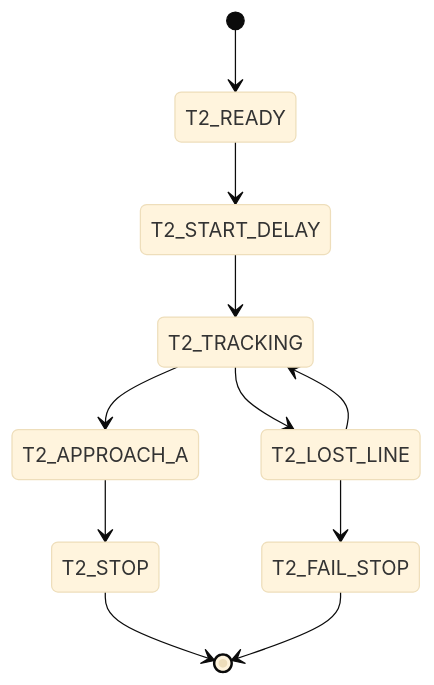
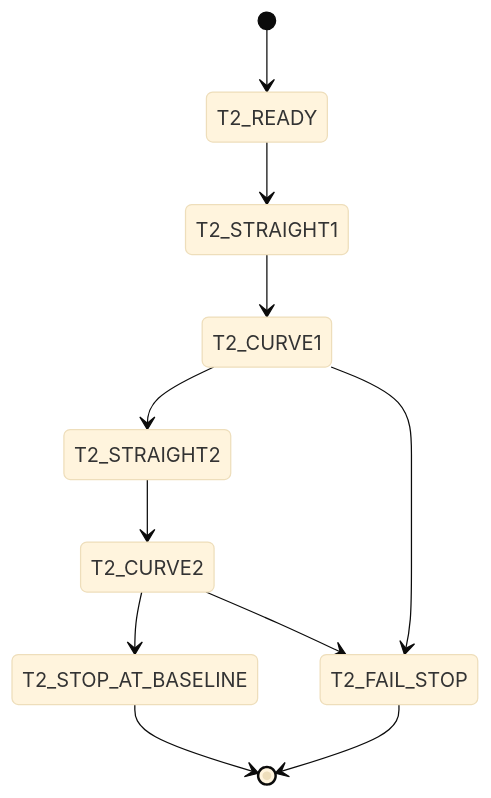
One commit to kenzou657/ball-balancing-car-stm32f4 changed the third of 7 diagrams in DOC/赛题实施方案_循迹与滚球稳定.md. Above: the diagram before and after it, drawn with Mermaid (base theme). The commit also changed other lines of this file and 15 other files, not shown here.

````diff
--- a/DOC/赛题实施方案_循迹与滚球稳定.md
+++ b/DOC/赛题实施方案_循迹与滚球稳定.md
@@ -301,13 +327,13 @@
 ```mermaid
 stateDiagram-v2
     [*] --> T2_READY
-    T2_READY --> T2_START_DELAY
-    T2_START_DELAY --> T2_TRACKING
-    T2_TRACKING --> T2_APPROACH_A
-    T2_APPROACH_A --> T2_STOP
-    T2_TRACKING --> T2_LOST_LINE
-    T2_LOST_LINE --> T2_TRACKING
-    T2_LOST_LINE --> T2_FAIL_STOP
-    T2_STOP --> [*]
+    T2_READY --> T2_STRAIGHT1
+    T2_STRAIGHT1 --> T2_CURVE1
+    T2_CURVE1 --> T2_STRAIGHT2
+    T2_STRAIGHT2 --> T2_CURVE2
+    T2_CURVE2 --> T2_STOP_AT_BASELINE
+    T2_CURVE1 --> T2_FAIL_STOP
+    T2_CURVE2 --> T2_FAIL_STOP
+    T2_STOP_AT_BASELINE --> [*]
     T2_FAIL_STOP --> [*]
 ```
````
